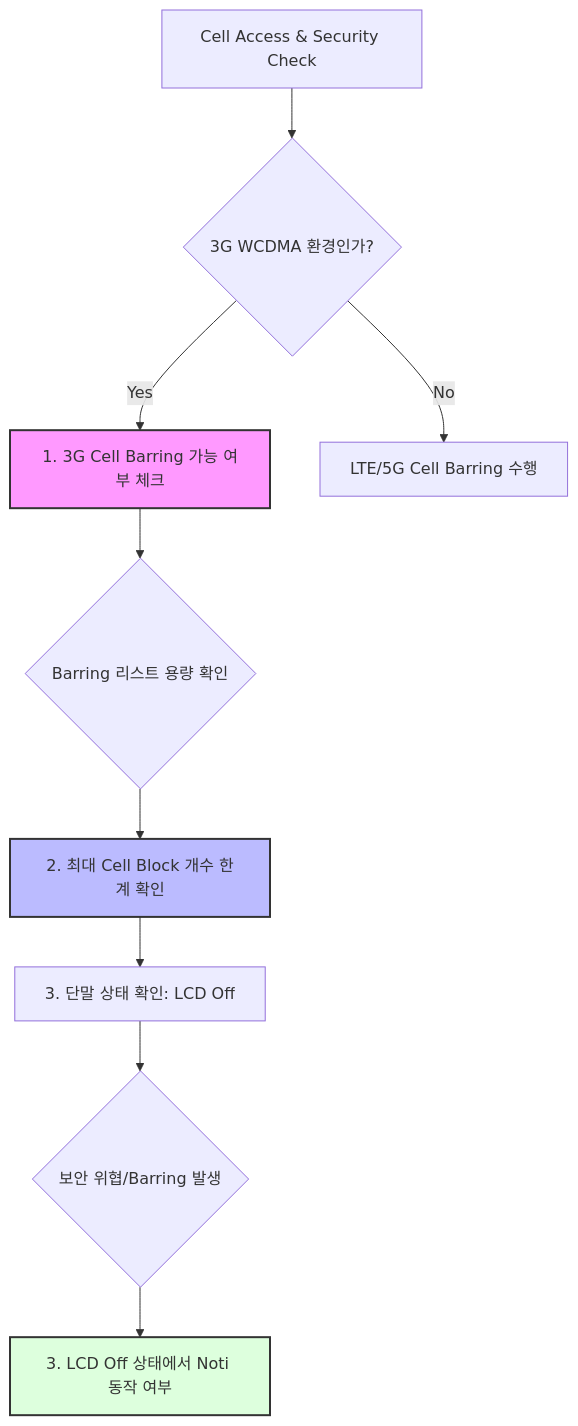
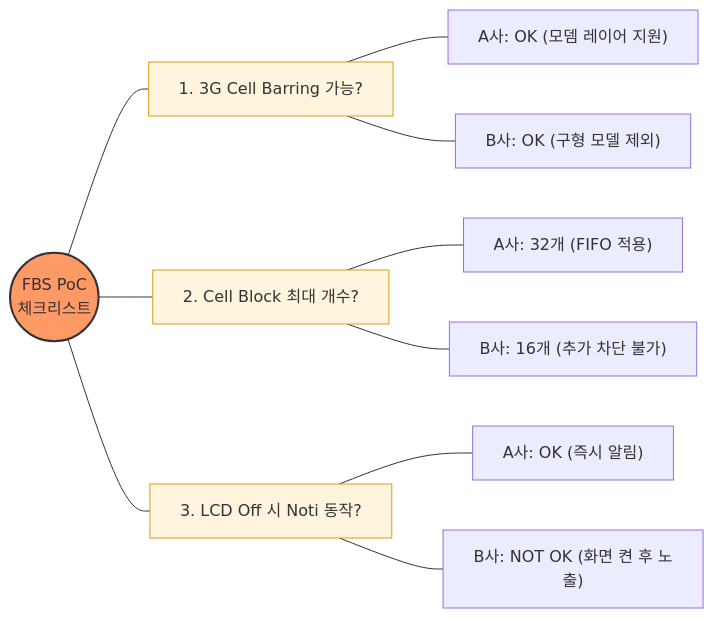
The diagram in temp01.mmd (brianrobo/sec-discussion), drawn with Mermaid before and after one commit.

```diff
--- a/temp01.mmd
+++ b/temp01.mmd
@@ -1,15 +1,19 @@
-graph TD
-    A[Cell Access & Security Check] --> B{"3G WCDMA 환경인가?"}
-    B -- Yes --> C["1. 3G Cell Barring 가능 여부 체크"]
-    B -- No --> D[LTE/5G Cell Barring 수행]
-    
-    C --> E{Barring 리스트 용량 확인}
-    E --> F["2. 최대 Cell Block 개수 한계 확인"]
-    
-    F --> G[3. 단말 상태 확인: LCD Off]
-    G --> H{보안 위협/Barring 발생}
-    H --> I["3. LCD Off 상태에서 Noti 동작 여부"]
-    
-    style C fill:#f9f,stroke:#333,stroke-width:2px
-    style F fill:#bbf,stroke:#333,stroke-width:2px
-    style I fill:#dfd,stroke:#333,stroke-width:2px
+graph LR
+    Root((FBS PoC<br/>체크리스트)) --- Q1["1. 3G Cell Barring 가능?"]
+    Root --- Q2["2. Cell Block 최대 개수?"]
+    Root --- Q3["3. LCD Off 시 Noti 동작?"]
+
+    Q1 --- A1["A사: OK (모뎀 레이어 지원)"]
+    Q1 --- B1["B사: OK (구형 모델 제외)"]
+
+    Q2 --- A2["A사: 32개 (FIFO 적용)"]
+    Q2 --- B2["B사: 16개 (추가 차단 불가)"]
+
+    Q3 --- A3["A사: OK (즉시 알림)"]
+    Q3 --- B3["B사: NOT OK (화면 켠 후 노출)"]
+
+    %% 스타일 설정
+    style Root fill:#f96,stroke:#333,stroke-width:2px
+    style Q1 fill:#fff4dd,stroke:#d4a017
+    style Q2 fill:#fff4dd,stroke:#d4a017
+    style Q3 fill:#fff4dd,stroke:#d4a017
```
